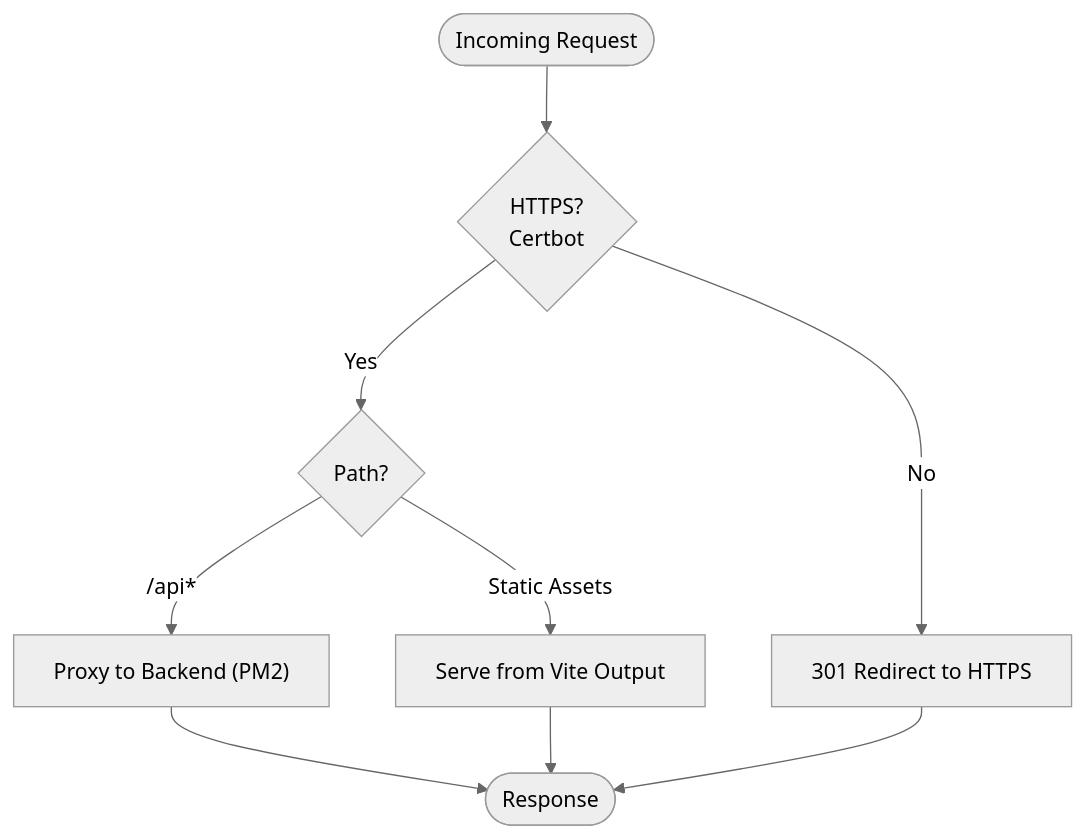
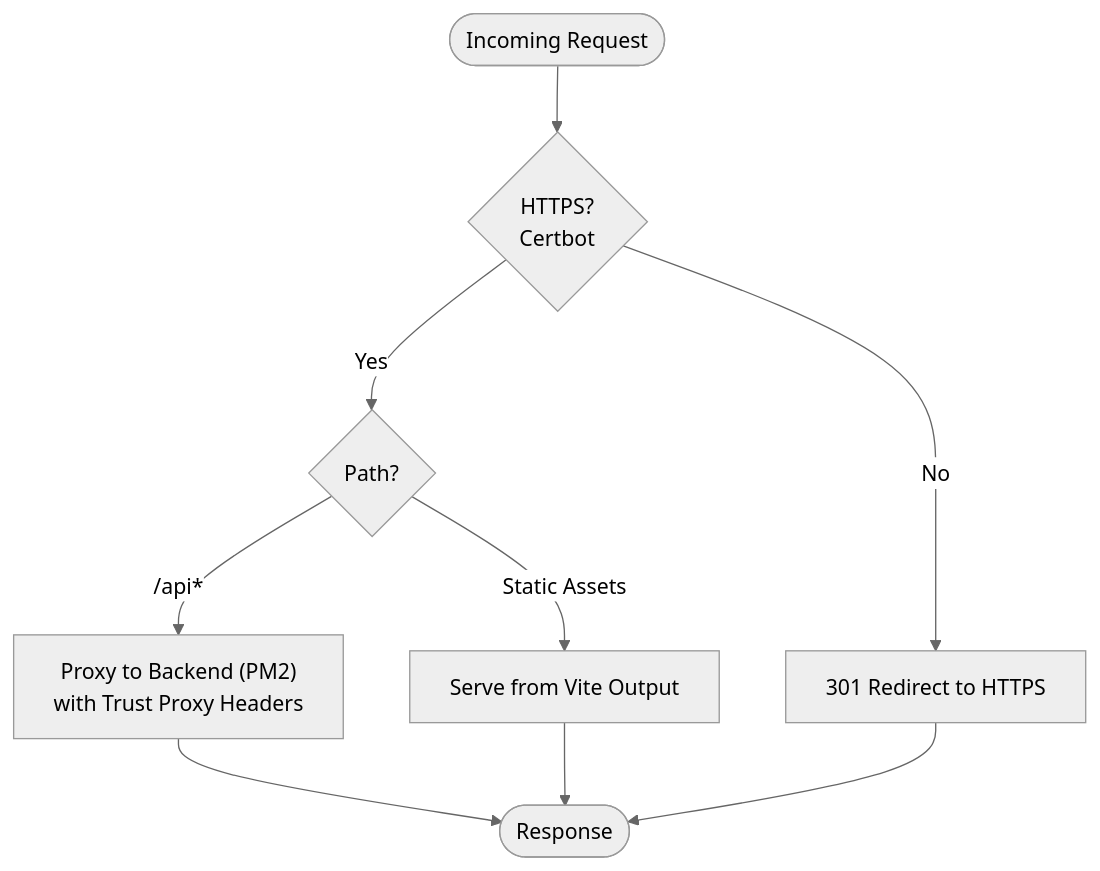
Before and after one commit to RunTimeAdmin/AgentID: the fifth of 6 diagrams in .qoder/repowiki/en/content/Build & Deployment/Build & Deployment.md, drawn with Mermaid (neutral theme). The commit also changed other lines of this file and 31 other files, not shown here.

````diff
--- a/.qoder/repowiki/en/content/Build & Deployment/Build & Deployment.md
+++ b/.qoder/repowiki/en/content/Build & Deployment/Build & Deployment.md
@@ -200,11 +217,11 @@
 ```mermaid
 flowchart TD
 D_Start(["Incoming Request"]) --> SSL{"HTTPS?<br/>Certbot"}
 SSL --> |No| Redirect["301 Redirect to HTTPS"]
 SSL --> |Yes| Route{"Path?"}
-Route --> |/api*| ProxyAPI["Proxy to Backend (PM2)"]
+Route --> |/api*| ProxyAPI["Proxy to Backend (PM2)<br/>with Trust Proxy Headers"]
 Route --> |Static Assets| Static["Serve from Vite Output"]
 ProxyAPI --> D_End(["Response"])
 Static --> D_End
 Redirect --> D_End
 ```
````
